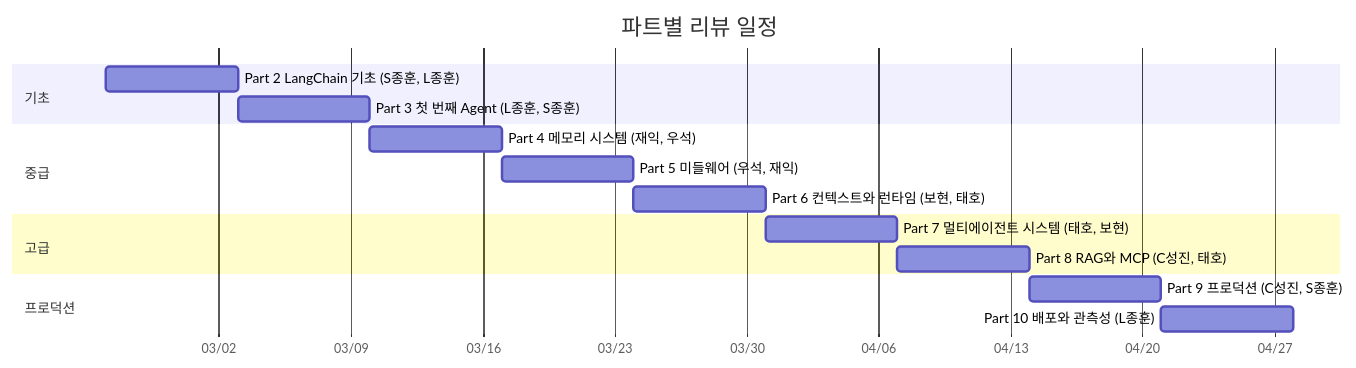
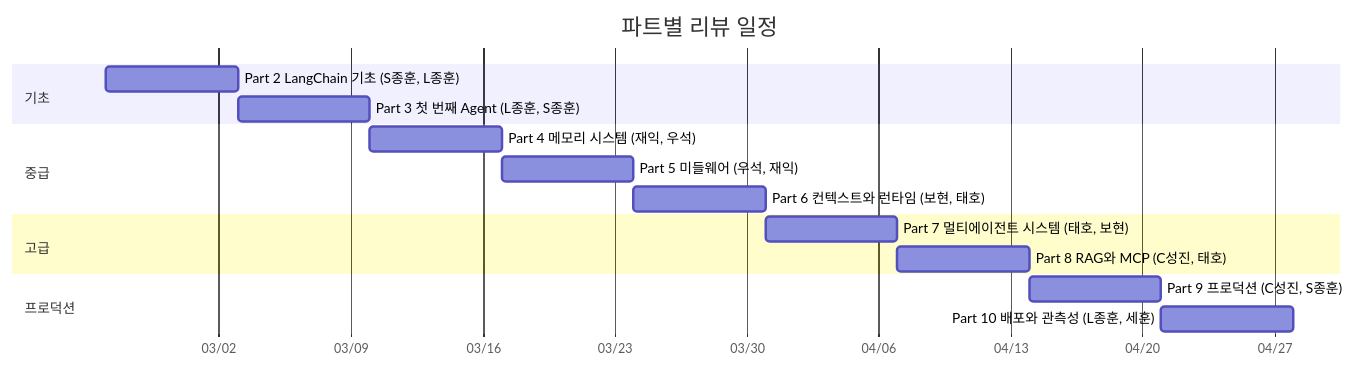
One commit to restful3/langchain-docs changed the second of 5 diagrams in langchain/reviews/README.md. Above: the diagram before and after it, drawn with Mermaid.

Commit message:
Update reviewers for Part 10 in README.md

````diff
--- a/langchain/reviews/README.md
+++ b/langchain/reviews/README.md
@@ -59,23 +59,23 @@
 ```mermaid
 gantt
     title 파트별 리뷰 일정
     dateFormat YYYY-MM-DD
     axisFormat %m/%d
 
     section 기초
     Part 2 LangChain 기초 (S종훈, L종훈)     :p2, 2025-02-24, 7d
     Part 3 첫 번째 Agent (L종훈, S종훈)       :p3, after p2, 7d
 
     section 중급
     Part 4 메모리 시스템 (재익, 우석)          :p4, after p3, 7d
     Part 5 미들웨어 (우석, 재익)              :p5, after p4, 7d
     Part 6 컨텍스트와 런타임 (보현, 태호)      :p6, after p5, 7d
 
     section 고급
     Part 7 멀티에이전트 시스템 (태호, 보현)    :p7, after p6, 7d
     Part 8 RAG와 MCP (C성진, 태호)            :p8, after p7, 7d
 
     section 프로덕션
     Part 9 프로덕션 (C성진, S종훈)             :p9, after p8, 7d
-    Part 10 배포와 관측성 (L종훈)              :p10, after p9, 7d
+    Part 10 배포와 관측성 (L종훈, 세훈)              :p10, after p9, 7d
 ```
````
